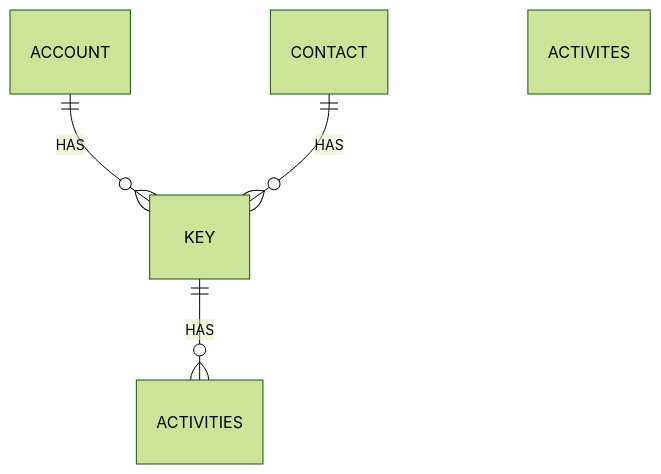
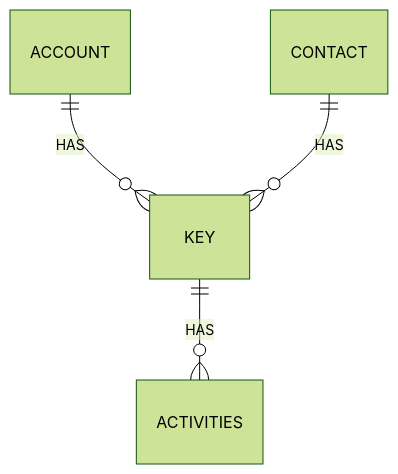
The diagram in README.md (BenjaminJohn/KeyBox), drawn with Mermaid (forest theme) before and after one commit.

````diff
--- a/README.md
+++ b/README.md
@@ -37,10 +37,10 @@
 ```mermaid
 erDiagram
 ACCOUNT  {  }
 CONTACT  {  }
 KEY  {  }
-ACTIVITES { }
+ACTIVITIES { }
 ACCOUNT  ||--o{  KEY  :HAS
 CONTACT  ||--o{  KEY  :HAS
 KEY  ||--o{  ACTIVITIES  :HAS
 ```
````
